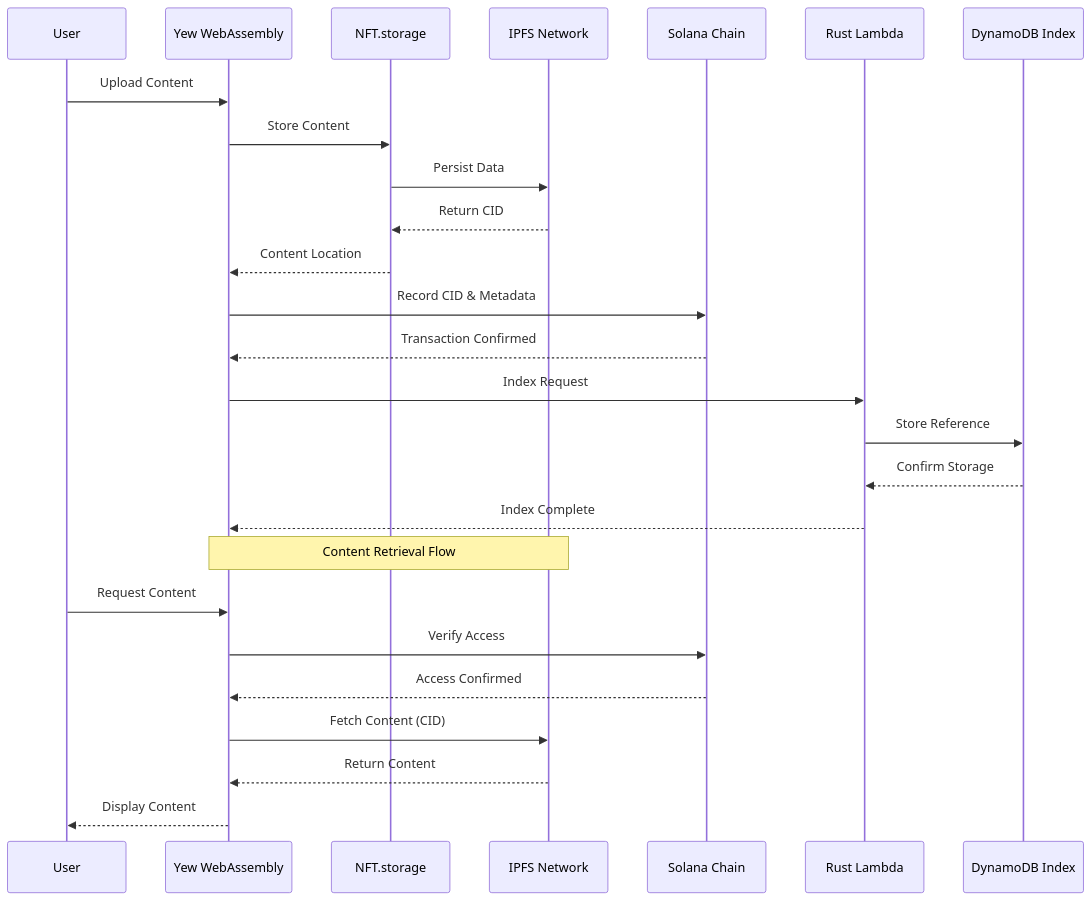
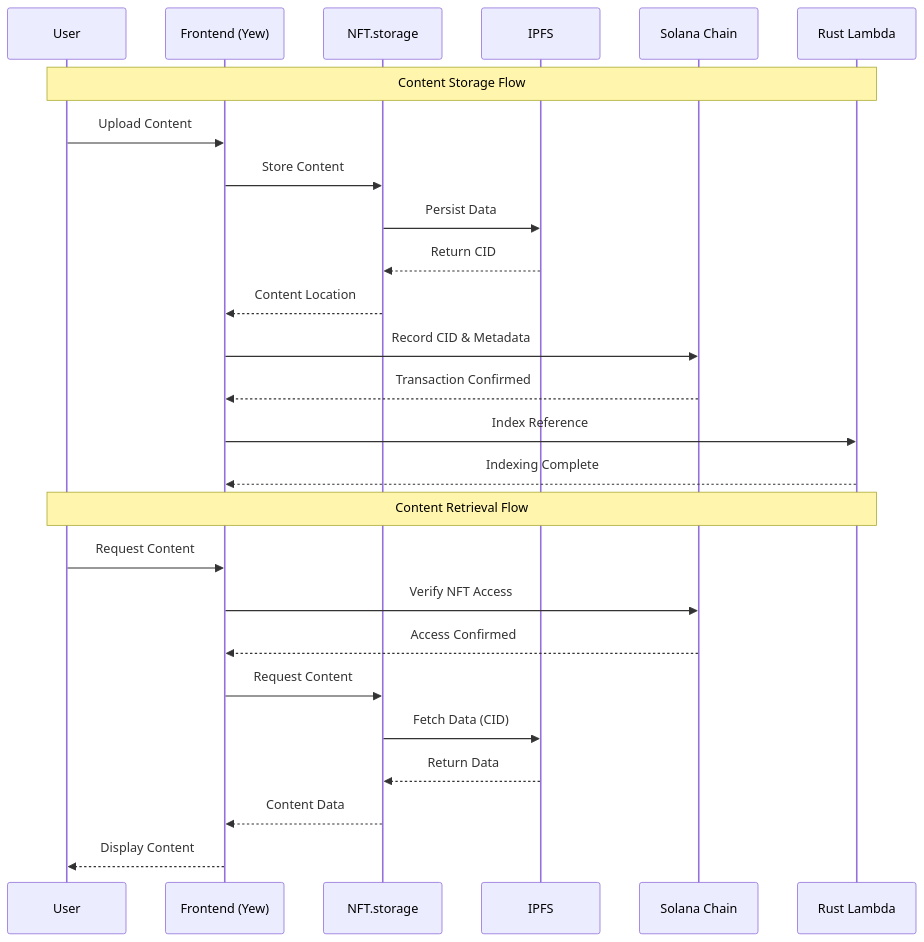
Before and after one commit to DegenVets/f2t: the diagram in docs/mermaid/systemFlow.mmd, drawn with Mermaid. The commit also changed 5 other files, not shown here.

```diff
--- a/docs/mermaid/systemFlow.mmd
+++ b/docs/mermaid/systemFlow.mmd
@@ -1,31 +1,28 @@
 sequenceDiagram
-    participant User
-    participant Frontend as Yew WebAssembly
-    participant NFTStorage as NFT.storage
-    participant IPFS as IPFS Network
-    participant Blockchain as Solana Chain
-    participant Lambda as Rust Lambda
-    participant Index as DynamoDB Index
+    participant U as User
+    participant F as Frontend (Yew)
+    participant S as NFT.storage
+    participant I as IPFS
+    participant B as Solana Chain
+    participant L as Rust Lambda
     
-    User->>Frontend: Upload Content
-    Frontend->>NFTStorage: Store Content
-    NFTStorage->>IPFS: Persist Data
-    IPFS-->>NFTStorage: Return CID
-    NFTStorage-->>Frontend: Content Location
+    Note over U,L: Content Storage Flow
+    U->>F: Upload Content
+    F->>S: Store Content
+    S->>I: Persist Data
+    I-->>S: Return CID
+    S-->>F: Content Location
+    F->>B: Record CID & Metadata
+    B-->>F: Transaction Confirmed
+    F->>L: Index Reference
+    L-->>F: Indexing Complete
     
-    Frontend->>Blockchain: Record CID & Metadata
-    Blockchain-->>Frontend: Transaction Confirmed
-    
-    Frontend->>Lambda: Index Request
-    Lambda->>Index: Store Reference
-    Index-->>Lambda: Confirm Storage
-    Lambda-->>Frontend: Index Complete
-    
-    Note over Frontend,IPFS: Content Retrieval Flow
-    
-    User->>Frontend: Request Content
-    Frontend->>Blockchain: Verify Access
-    Blockchain-->>Frontend: Access Confirmed
-    Frontend->>IPFS: Fetch Content (CID)
-    IPFS-->>Frontend: Return Content
-    Frontend-->>User: Display Content
+    Note over U,L: Content Retrieval Flow
+    U->>F: Request Content
+    F->>B: Verify NFT Access
+    B-->>F: Access Confirmed
+    F->>S: Request Content
+    S->>I: Fetch Data (CID)
+    I-->>S: Return Data
+    S-->>F: Content Data
+    F-->>U: Display Content
```
